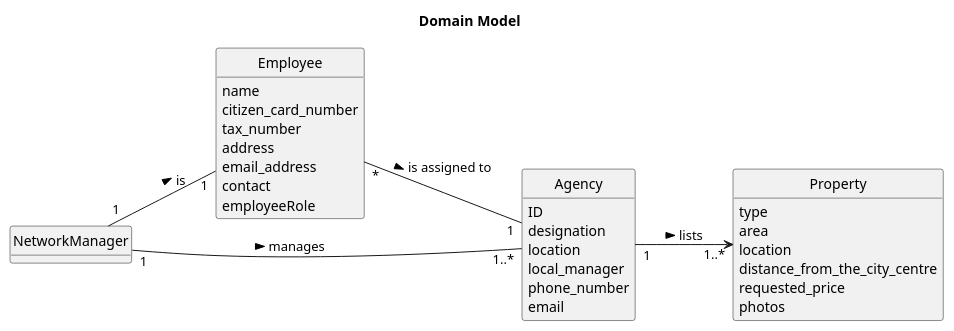
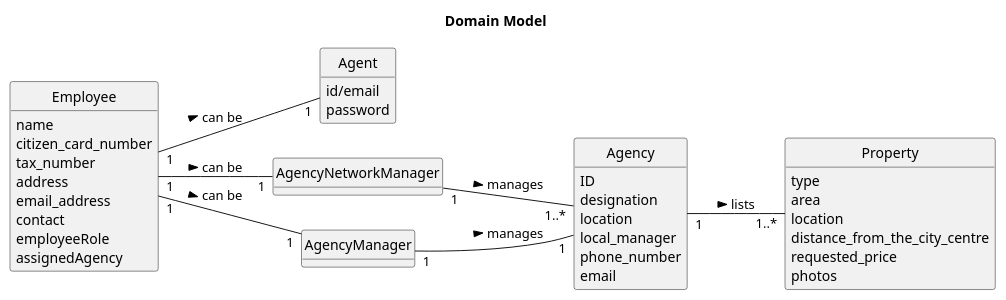
One commit to Rodrick0209/ISEP-LAPR2-22-23 changed the diagram in docs/Sprint-C/US013/02.analysis/puml/us013-domain-model.puml. Above: the diagram before and after it, drawn with PlantUML. The commit also changed 27 other files, not shown here.

```diff
--- a/docs/Sprint-C/US013/02.analysis/puml/us013-domain-model.puml
+++ b/docs/Sprint-C/US013/02.analysis/puml/us013-domain-model.puml
@@ -1,52 +1,68 @@
 @startuml
 skinparam monochrome true
 skinparam packageStyle rectangle
 skinparam shadowing false
 
 left to right direction
 
 skinparam classAttributeIconSize 0
 
 hide circle
 hide methods
 
 title Domain Model
 
 
 class Employee{
 name
 citizen_card_number
 tax_number
 address
 email_address
 contact
 employeeRole
+assignedAgency
 }
 
-class NetworkManager{
+class Agent{
+id/email
+password
+}
+
+class AgencyNetworkManager{
+}
+
+class AgencyManager{
 }
 
 class Agency{
 ID
 designation
 location
 local_manager
 phone_number
 email
 }
 
 class Property {
     type
     area
     location
     distance_from_the_city_centre
     requested_price
     photos
     }
 
-NetworkManager "1" -- "1" Employee : is >
-NetworkManager "1" -- "1..*" Agency : manages >
-Agency "1" --> "1..*" Property : lists >
-Employee "*" -- "1" Agency : is assigned to >
+
+AgencyManager "1" -- "1" Agency : manages >
+AgencyNetworkManager "1" -- "1..*" Agency : manages >
+
+Employee "1" -- "1" AgencyManager : can be >
+Employee "1" -- "1" AgencyNetworkManager : can be >
+Employee "1" -- "1" Agent : can be >
+
+Agency "1" -- "1..*" Property : lists >
+
+
 
 @enduml
```
